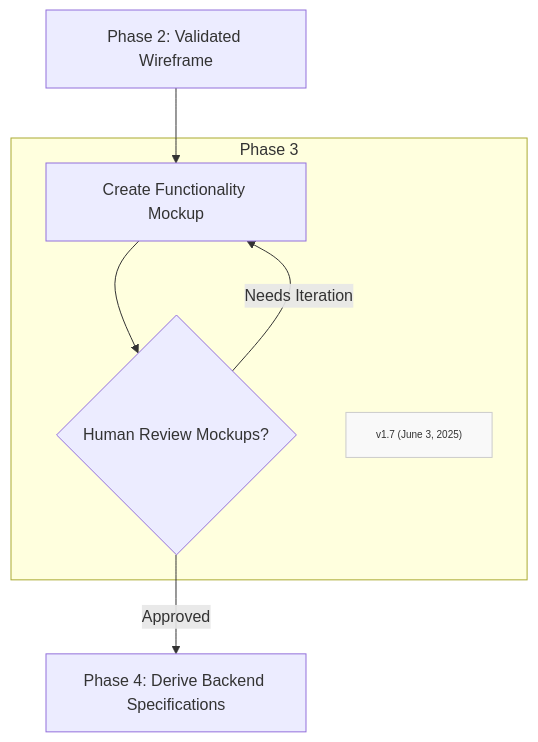
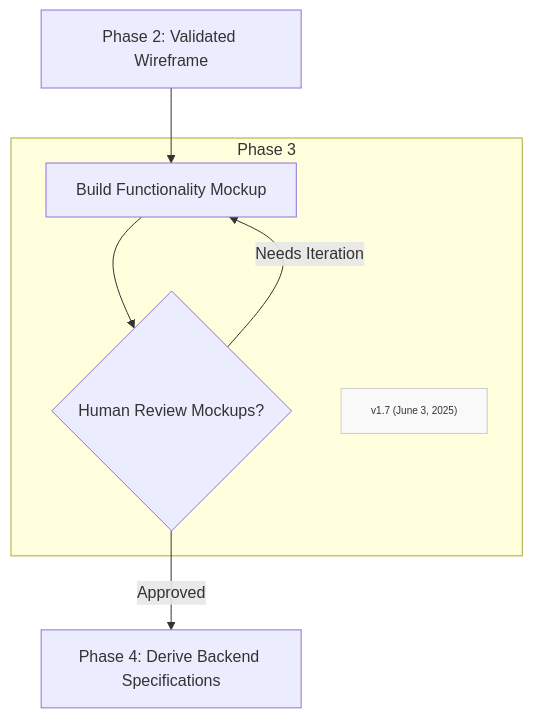
The diagram in Phases/FF-phase3.md (Mharbulous/Front-First-Method), drawn with Mermaid before and after one commit. The commit also changed other lines of this file and 2 other files, not shown here.

Commit message:
Add nuance text to phase 3 description

````diff
--- a/Phases/FF-phase3.md
+++ b/Phases/FF-phase3.md
@@ -2,17 +2,17 @@
 ```mermaid
 graph TD
     
-B1["Phase 2: Validated Wireframe"] --> B2["Create Functionality Mockup"]
+B1["Phase 2: Validated Wireframe"] --> B2["Build Functionality Mockup"]
 
         subgraph Phase3["Phase 3"]
         B2 --> B2_Val{"Human Review Mockups?"}
         B2_Val -->|Needs Iteration| B2
         Version["v1.7 (June 3, 2025)"]
         classDef version fill:#f9f9f9,stroke:#ccc,font-size:10px
         class Version version
         
     end
 
 B2_Val -->|Approved| B3["Phase 4: Derive Backend Specifications"]
 
 ```
````
